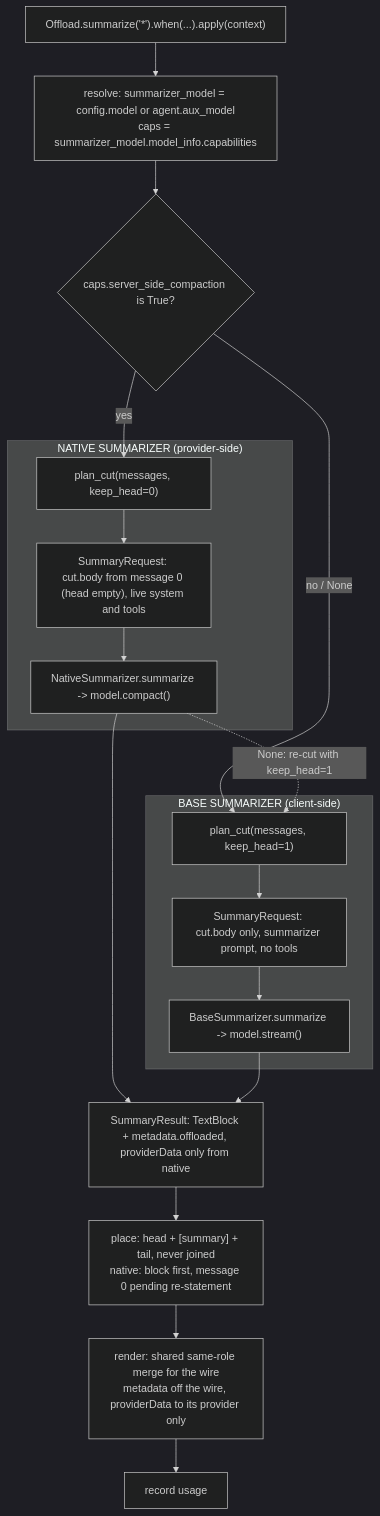
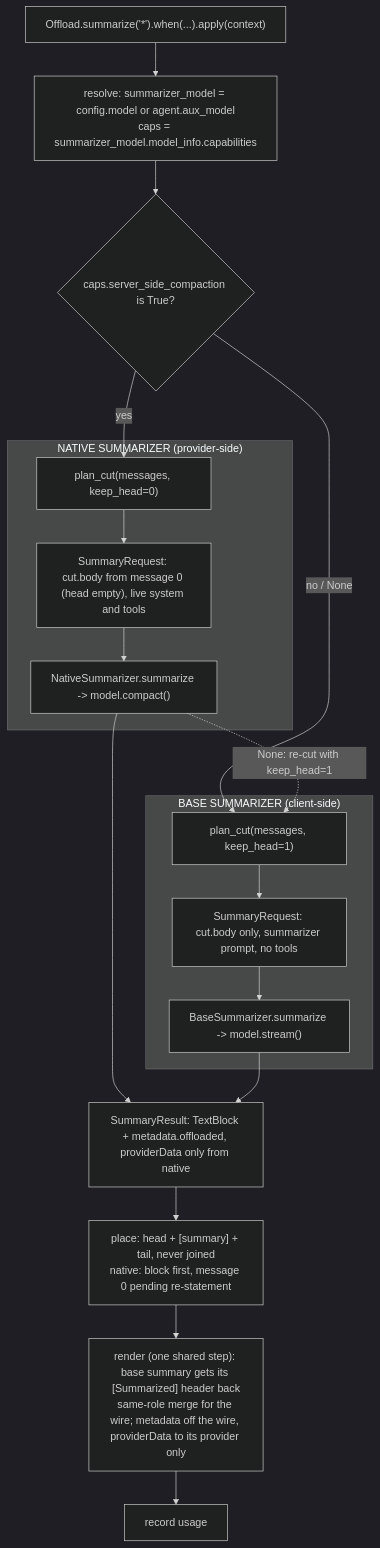
One commit to jimbrub/harness-sdk changed the second of 3 diagrams in team/designs/0022-server-side-compaction-support.md. Above: the diagram before and after it, drawn with Mermaid (dark theme). The commit also changed other lines of this file, not shown here.

Commit message:
docs(designs): re-add the base summary header at render time in 0022

````diff
--- a/team/designs/0022-server-side-compaction-support.md
+++ b/team/designs/0022-server-side-compaction-support.md
@@ -205,21 +208,21 @@
 ```mermaid
 flowchart TD
   apply["Offload.summarize('*').when(...).apply(context)"] --> resolve
   resolve["resolve: summarizer_model = config.model or agent.aux_model<br/>caps = summarizer_model.model_info.capabilities"] --> dn{"caps.server_side_compaction is True?"}
   dn -- "yes" --> ncut["plan_cut(messages, keep_head=0)"]
   dn -- "no / None" --> bcut["plan_cut(messages, keep_head=1)"]
   subgraph NATIVE["NATIVE SUMMARIZER (provider-side)"]
     ncut --> nreq["SummaryRequest: cut.body from message 0 (head empty), live system and tools"]
     nreq --> ncall["NativeSummarizer.summarize -> model.compact()"]
   end
   subgraph BASE["BASE SUMMARIZER (client-side)"]
     bcut --> breq["SummaryRequest: cut.body only, summarizer prompt, no tools"]
     breq --> bcall["BaseSummarizer.summarize -> model.stream()"]
   end
   ncall -.->|None: re-cut with keep_head=1| bcut
   ncall --> out
   bcall --> out["SummaryResult: TextBlock + metadata.offloaded, providerData only from native"]
   out --> place["place: head + [summary] + tail, never joined<br/>native: block first, message 0 pending re-statement"]
-  place --> render["render: shared same-role merge for the wire<br/>metadata off the wire, providerData to its provider only"]
+  place --> render["render (one shared step): base summary gets its [Summarized] header back<br/>same-role merge for the wire; metadata off the wire, providerData to its provider only"]
   render --> record["record usage"]
 ```
````
